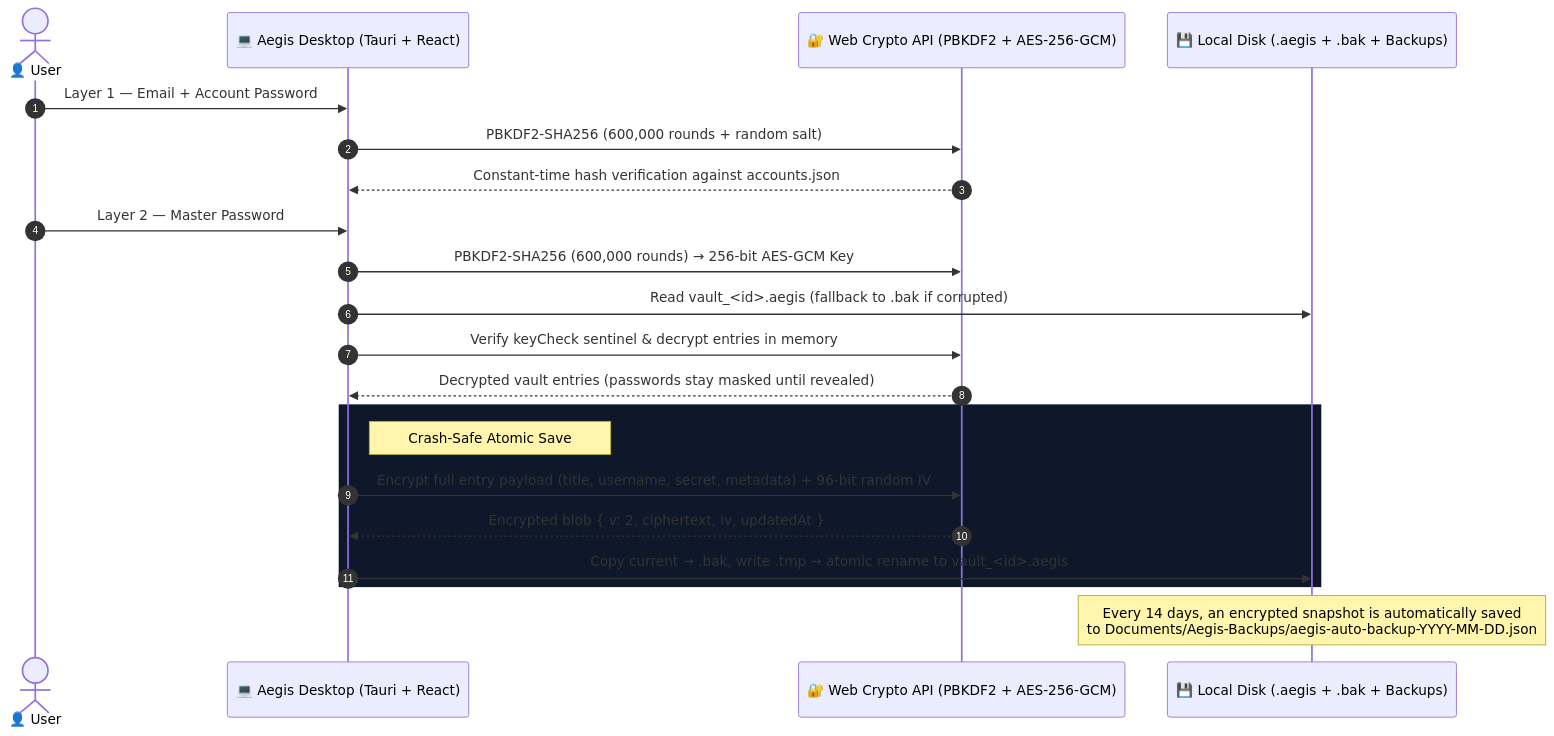
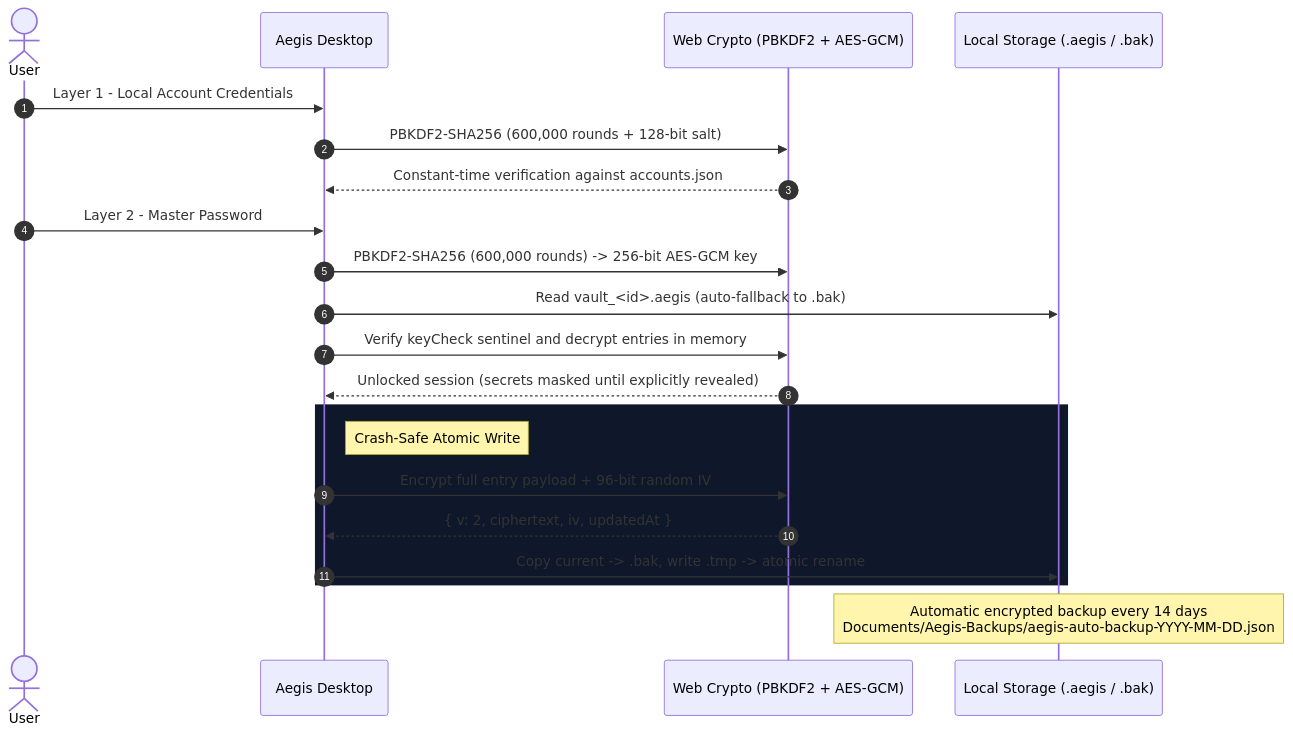
The diagram in README.md (DrXendria/Aegis), drawn with Mermaid before and after one commit. The commit also changed other lines of this file and 2 other files, not shown here.

````diff
--- a/README.md
+++ b/README.md
@@ -62,27 +99,27 @@
 ```mermaid
 sequenceDiagram
     autonumber
-    actor User as 👤 User
-    participant App as 💻 Aegis Desktop (Tauri + React)
-    participant Crypto as 🔐 Web Crypto API (PBKDF2 + AES-256-GCM)
-    participant Disk as 💾 Local Disk (.aegis + .bak + Backups)
+    actor User
+    participant App as Aegis Desktop
+    participant Crypto as Web Crypto (PBKDF2 + AES-GCM)
+    participant Disk as Local Storage (.aegis / .bak)
 
-    User->>App: Layer 1 — Email + Account Password
-    App->>Crypto: PBKDF2-SHA256 (600,000 rounds + random salt)
-    Crypto-->>App: Constant-time hash verification against accounts.json
+    User->>App: Layer 1 - Local Account Credentials
+    App->>Crypto: PBKDF2-SHA256 (600,000 rounds + 128-bit salt)
+    Crypto-->>App: Constant-time verification against accounts.json
 
-    User->>App: Layer 2 — Master Password
-    App->>Crypto: PBKDF2-SHA256 (600,000 rounds) → 256-bit AES-GCM Key
-    App->>Disk: Read vault_<id>.aegis (fallback to .bak if corrupted)
-    App->>Crypto: Verify keyCheck sentinel & decrypt entries in memory
-    Crypto-->>App: Decrypted vault entries (passwords stay masked until revealed)
+    User->>App: Layer 2 - Master Password
+    App->>Crypto: PBKDF2-SHA256 (600,000 rounds) -> 256-bit AES-GCM key
+    App->>Disk: Read vault_<id>.aegis (auto-fallback to .bak)
+    App->>Crypto: Verify keyCheck sentinel and decrypt entries in memory
+    Crypto-->>App: Unlocked session (secrets masked until explicitly revealed)
 
     rect rgb(15, 23, 42)
-        Note right of App: Crash-Safe Atomic Save
-        App->>Crypto: Encrypt full entry payload (title, username, secret, metadata) + 96-bit random IV
-        Crypto-->>App: Encrypted blob { v: 2, ciphertext, iv, updatedAt }
-        App->>Disk: Copy current → .bak, write .tmp → atomic rename to vault_<id>.aegis
+        Note right of App: Crash-Safe Atomic Write
+        App->>Crypto: Encrypt full entry payload + 96-bit random IV
+        Crypto-->>App: { v: 2, ciphertext, iv, updatedAt }
+        App->>Disk: Copy current -> .bak, write .tmp -> atomic rename
     end
 
-    Note over Disk: Every 14 days, an encrypted snapshot is automatically saved<br/>to Documents/Aegis-Backups/aegis-auto-backup-YYYY-MM-DD.json
+    Note over Disk: Automatic encrypted backup every 14 days<br/>Documents/Aegis-Backups/aegis-auto-backup-YYYY-MM-DD.json
 ```
````
